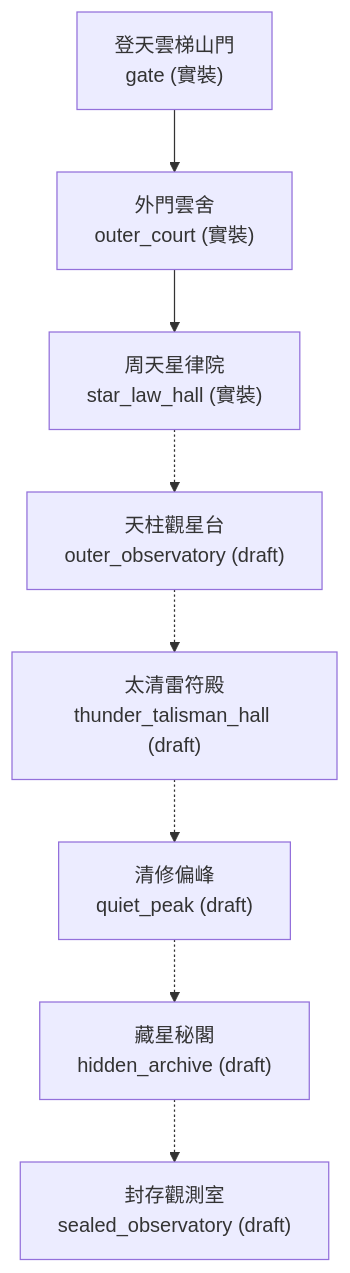
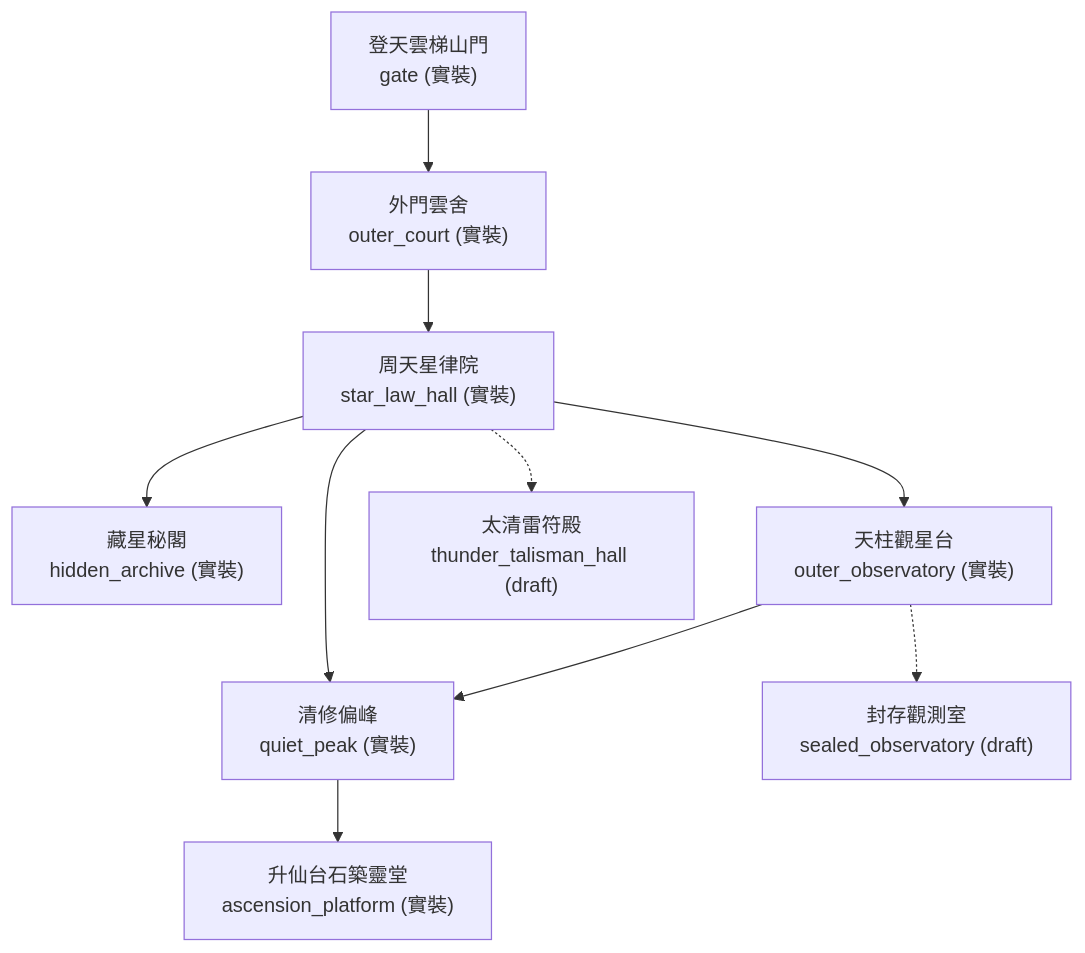
One commit to wade-fs/mudscript changed the diagram in forgotten-space/narrative/docs/maps/tier2/taiqing_map.md. Above: the diagram before and after it, drawn with Mermaid. The commit also changed other lines of this file and 41 other files, not shown here.

````diff
--- a/forgotten-space/narrative/docs/maps/tier2/taiqing_map.md
+++ b/forgotten-space/narrative/docs/maps/tier2/taiqing_map.md
@@ -20,18 +23,21 @@
 ```mermaid
 flowchart TD
   gate["登天雲梯山門<br/>gate (實裝)"]
   outer_court["外門雲舍<br/>outer_court (實裝)"]
   star_law_hall["周天星律院<br/>star_law_hall (實裝)"]
-  outer_observatory["天柱觀星台<br/>outer_observatory (draft)"]
+  hidden_archive["藏星秘閣<br/>hidden_archive (實裝)"]
+  outer_observatory["天柱觀星台<br/>outer_observatory (實裝)"]
+  quiet_peak["清修偏峰<br/>quiet_peak (實裝)"]
+  ascension_platform["升仙台石築靈堂<br/>ascension_platform (實裝)"]
   thunder_talisman_hall["太清雷符殿<br/>thunder_talisman_hall (draft)"]
-  quiet_peak["清修偏峰<br/>quiet_peak (draft)"]
-  hidden_archive["藏星秘閣<br/>hidden_archive (draft)"]
   sealed_observatory["封存觀測室<br/>sealed_observatory (draft)"]
   gate --> outer_court
   outer_court --> star_law_hall
-  star_law_hall -.-> outer_observatory
-  outer_observatory -.-> thunder_talisman_hall
-  thunder_talisman_hall -.-> quiet_peak
-  quiet_peak -.-> hidden_archive
-  hidden_archive -.-> sealed_observatory
+  star_law_hall --> hidden_archive
+  star_law_hall --> outer_observatory
+  star_law_hall --> quiet_peak
+  outer_observatory --> quiet_peak
+  quiet_peak --> ascension_platform
+  star_law_hall -.-> thunder_talisman_hall
+  outer_observatory -.-> sealed_observatory
 ```
````
